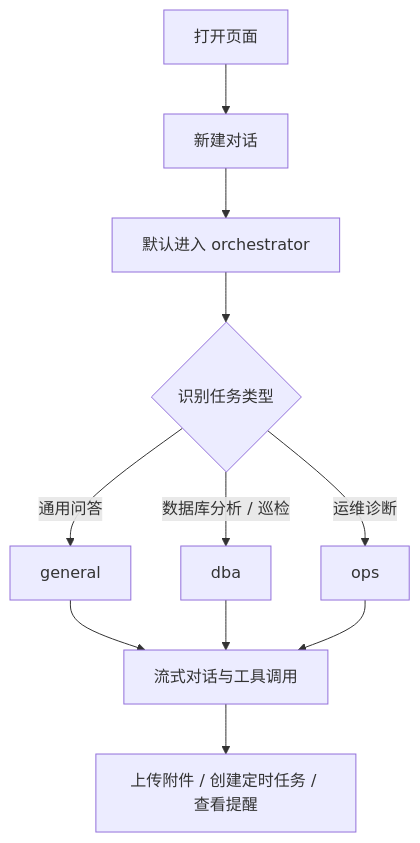
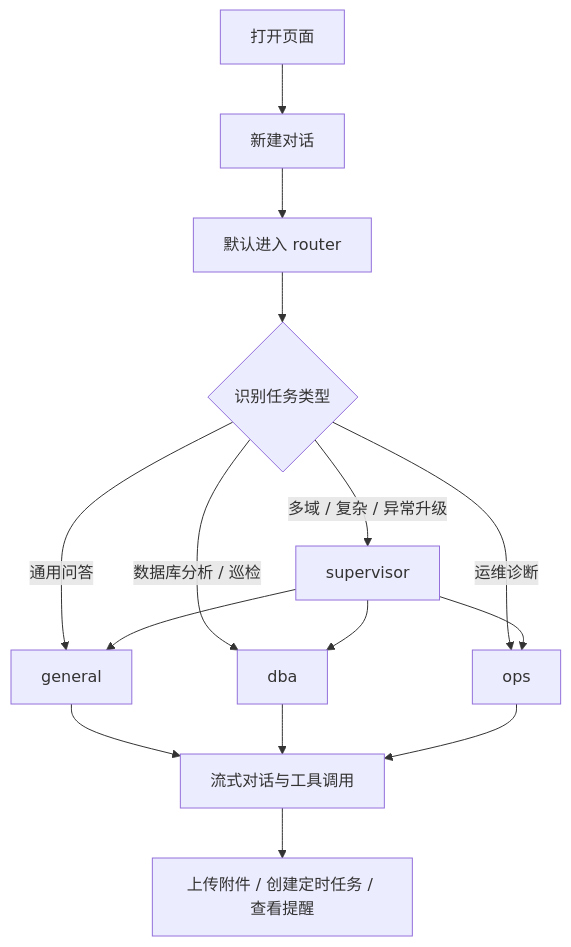
The third of 5 diagrams in README.md (pycjava/ops-skills-agent-demo), drawn with Mermaid before and after one commit. The commit also changed other lines of this file and 26 other files, not shown here.

````diff
--- a/README.md
+++ b/README.md
@@ -228,13 +230,17 @@
 ```mermaid
 flowchart TD
     A[打开页面] --> B[新建对话]
-    B --> C[默认进入 orchestrator]
+    B --> C[默认进入 router]
     C --> D{识别任务类型}
     D -->|通用问答| E[general]
     D -->|数据库分析 / 巡检| F[dba]
     D -->|运维诊断| G[ops]
+    D -->|多域 / 复杂 / 异常升级| J[supervisor]
+    J --> E
+    J --> F
+    J --> G
     E --> H[流式对话与工具调用]
     F --> H
     G --> H
     H --> I[上传附件 / 创建定时任务 / 查看提醒]
 ```
````
